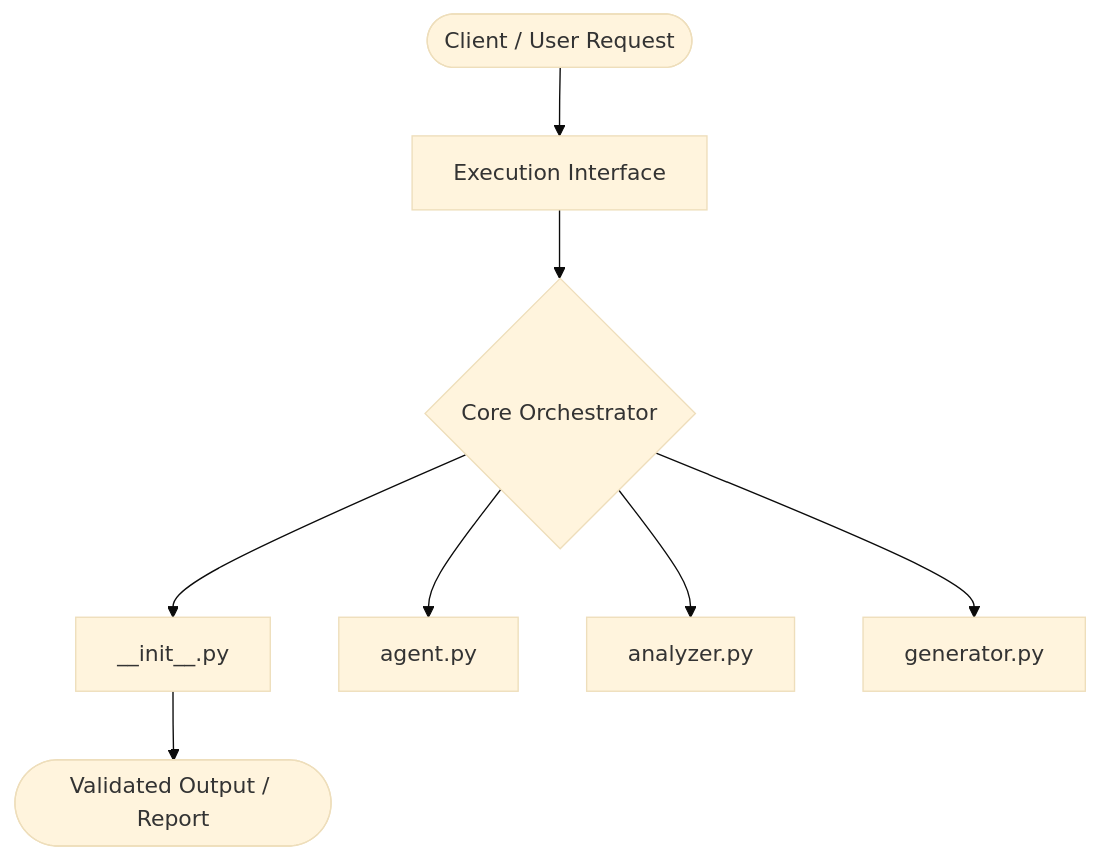
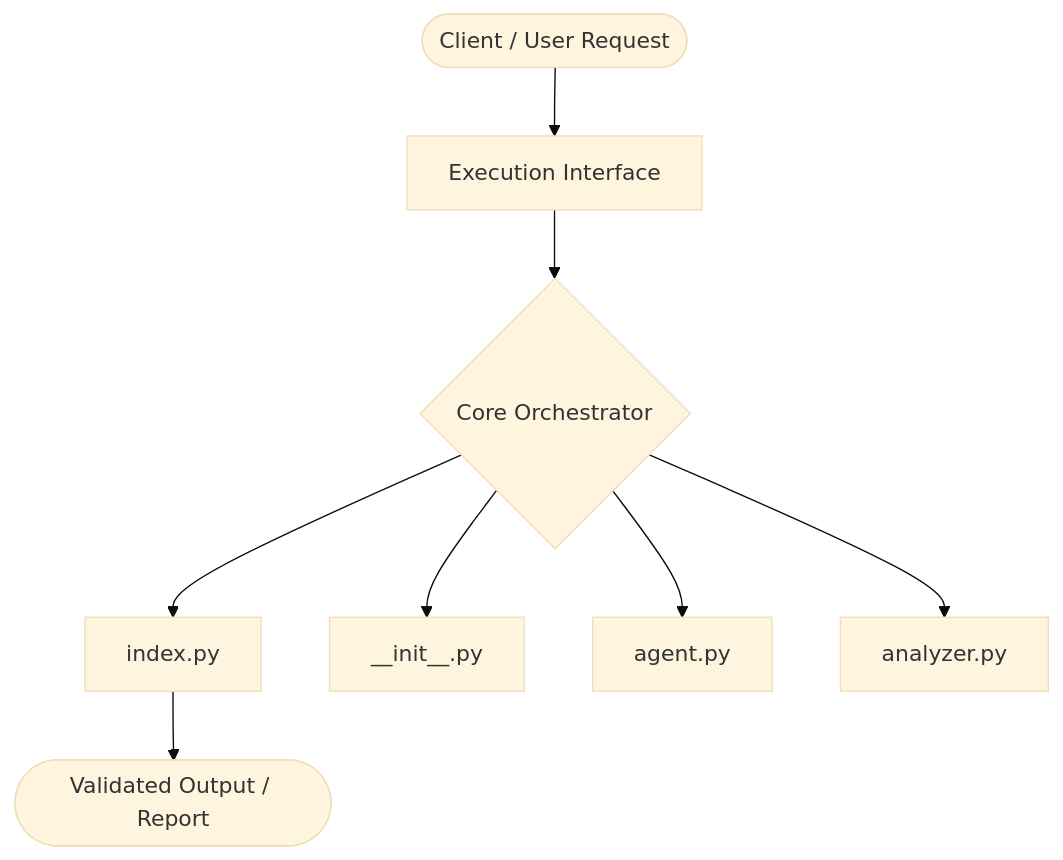
Before and after one commit to Abhijit2244/readme-writer-agent: the diagram in README.md, drawn with Mermaid (base theme). The commit also changed other lines of this file and 1 other file, not shown here.

````diff
--- a/README.md
+++ b/README.md
@@ -193,10 +175,10 @@
 ```mermaid
 flowchart TD
     Client(["Client / User Request"]) --> Gateway["Execution Interface"]
     Gateway --> Router{"Core Orchestrator"}
-    Router --> Mod_1["__init__.py"]
-    Router --> Mod_2["agent.py"]
-    Router --> Mod_3["analyzer.py"]
-    Router --> Mod_4["generator.py"]
+    Router --> Mod_1["index.py"]
+    Router --> Mod_2["__init__.py"]
+    Router --> Mod_3["agent.py"]
+    Router --> Mod_4["analyzer.py"]
     Mod_1 --> Output(["Validated Output / Report"])
 ```
````
